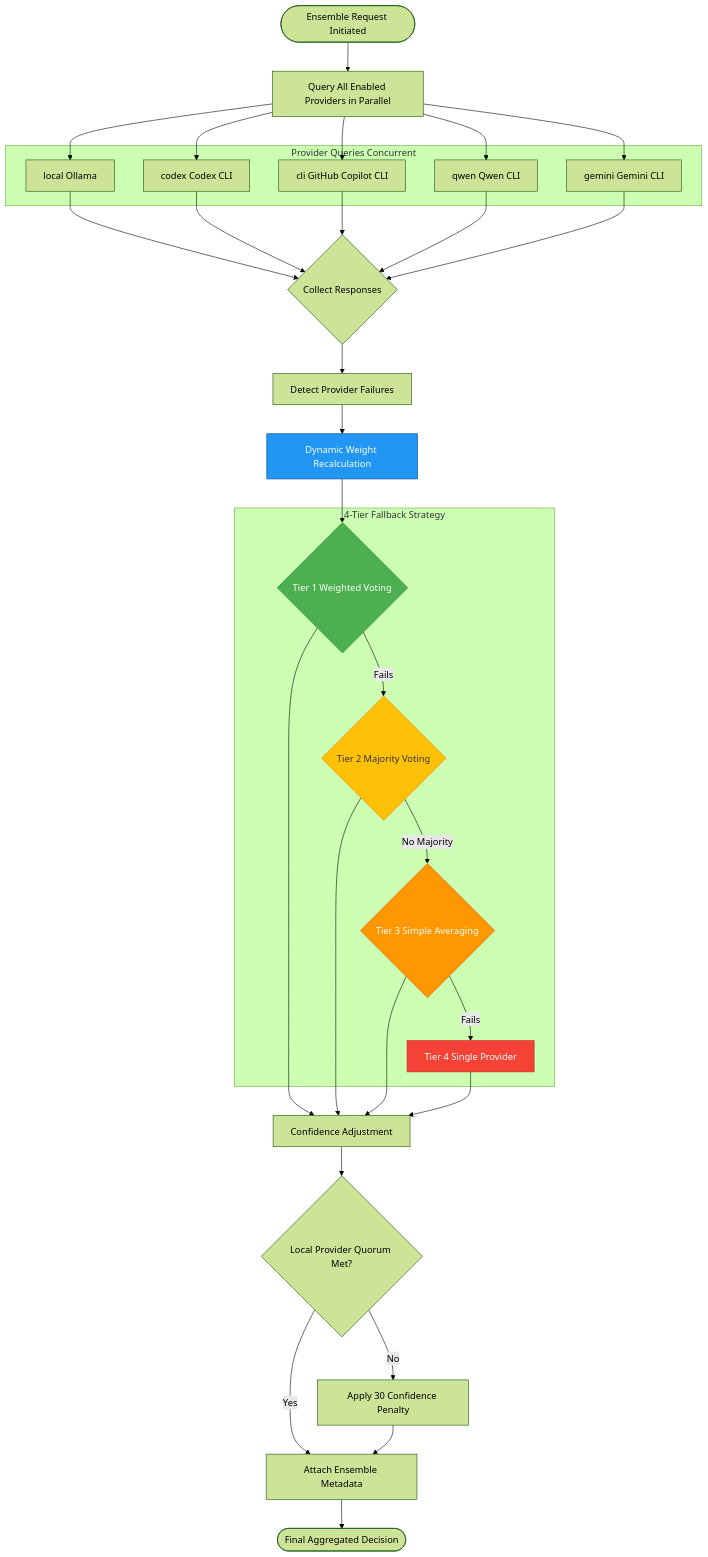
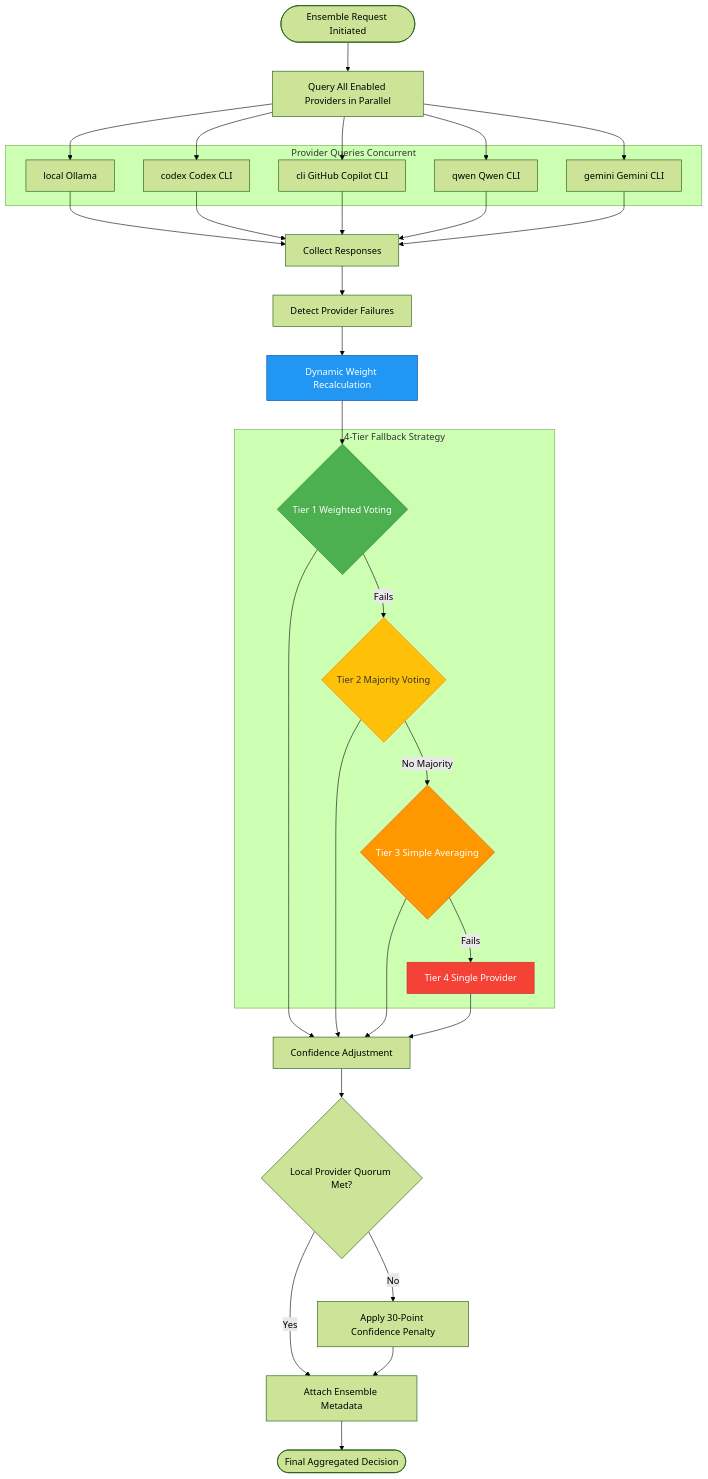
Before and after one commit to Three-Rivers-Tech/finance_feedback_engine: the diagram in docs/diagrams/ensemble_aggregation.mmd, drawn with Mermaid (forest theme). The commit also changed 6 other files, not shown here.

Commit message:
docs: Update diagrams and refine content in README and various architecture files

```diff
--- a/docs/diagrams/ensemble_aggregation.mmd
+++ b/docs/diagrams/ensemble_aggregation.mmd
@@ -1,57 +1,57 @@
 flowchart TD
     START([Ensemble Request Initiated])
     QUERY[Query All Enabled Providers in Parallel]
 
     subgraph "Provider Queries Concurrent"
         P1[local Ollama]
         P2[codex Codex CLI]
         P3[cli GitHub Copilot CLI]
         P4[qwen Qwen CLI]
         P5[gemini Gemini CLI]
     end
 
-    COLLECT{Collect Responses}
+    COLLECT[Collect Responses]
     DETECT[Detect Provider Failures]
 
     CALC_WEIGHTS[Dynamic Weight Recalculation]
 
     subgraph "4-Tier Fallback Strategy"
         T1{Tier 1 Weighted Voting}
         T2{Tier 2 Majority Voting}
         T3{Tier 3 Simple Averaging}
         T4[Tier 4 Single Provider]
 
         T1 -->|Fails| T2
         T2 -->|No Majority| T3
         T3 -->|Fails| T4
     end
 
     CONFIDENCE[Confidence Adjustment]
     QUORUM{Local Provider Quorum Met?}
-    PENALTY[Apply 30 Confidence Penalty]
+    PENALTY[Apply 30-Point Confidence Penalty]
 
     META[Attach Ensemble Metadata]
 
     DECISION([Final Aggregated Decision])
 
     START --> QUERY
     QUERY --> P1 & P2 & P3 & P4 & P5
     P1 & P2 & P3 & P4 & P5 --> COLLECT
     COLLECT --> DETECT
 
     DETECT --> CALC_WEIGHTS
 
     CALC_WEIGHTS --> T1
     T1 & T2 & T3 & T4 --> CONFIDENCE
 
     CONFIDENCE --> QUORUM
     QUORUM -->|Yes| META
     QUORUM -->|No| PENALTY
     PENALTY --> META
     META --> DECISION
 
     style T1 fill:#4CAF50,stroke:#2E7D32,color:#fff
     style T2 fill:#FFC107,stroke:#F57C00,color:#333
     style T3 fill:#FF9800,stroke:#E65100,color:#fff
     style T4 fill:#F44336,stroke:#C62828,color:#fff
     style CALC_WEIGHTS fill:#2196F3,stroke:#0D47A1,color:#fff
```
